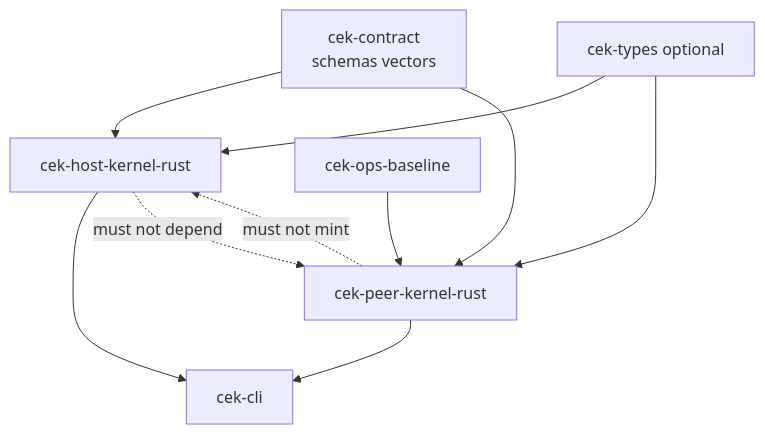
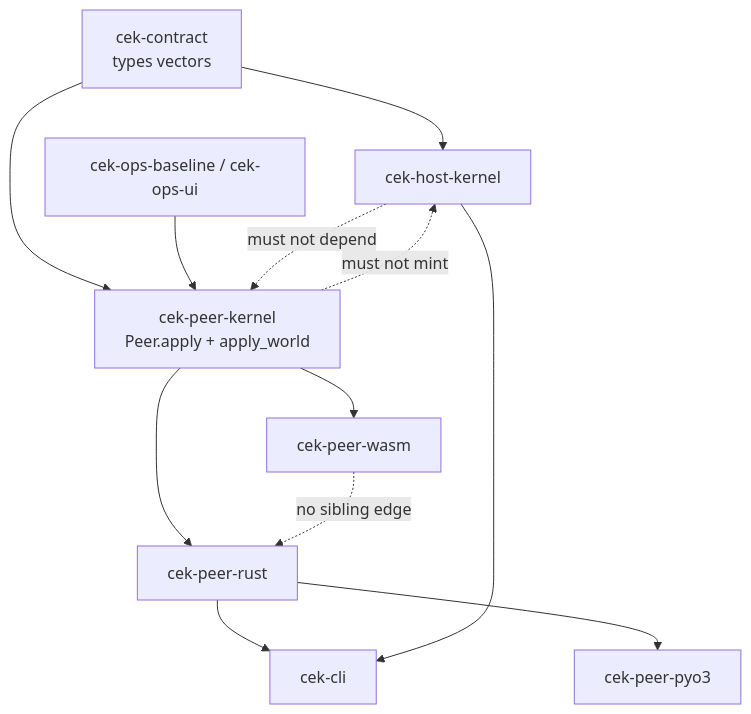
The diagram in diagrams/07-crate-layout.mmd (bitplorer/cek-runtime), drawn with Mermaid before and after one commit. The commit also changed 20 other files, not shown here.

```diff
--- a/diagrams/07-crate-layout.mmd
+++ b/diagrams/07-crate-layout.mmd
@@ -1,17 +1,22 @@
 flowchart TB
   CT[cek-contract
-schemas vectors]
-  TY[cek-types optional]
-  H[cek-host-kernel-rust]
-  P[cek-peer-kernel-rust]
-  OPS[cek-ops-baseline]
+types vectors]
+  H[cek-host-kernel]
+  P[cek-peer-kernel
+Peer.apply + apply_world]
+  OPS[cek-ops-baseline / cek-ops-ui]
+  WASM[cek-peer-wasm]
+  RUST[cek-peer-rust]
+  PYO3[cek-peer-pyo3]
   CLI[cek-cli]
   CT --> H
   CT --> P
-  TY --> H
-  TY --> P
   OPS --> P
+  P --> WASM
+  P --> RUST
+  RUST --> PYO3
+  RUST --> CLI
   H --> CLI
-  P --> CLI
   H -.->|must not depend| P
   P -.->|must not mint| H
+  WASM -.->|no sibling edge| RUST
```
